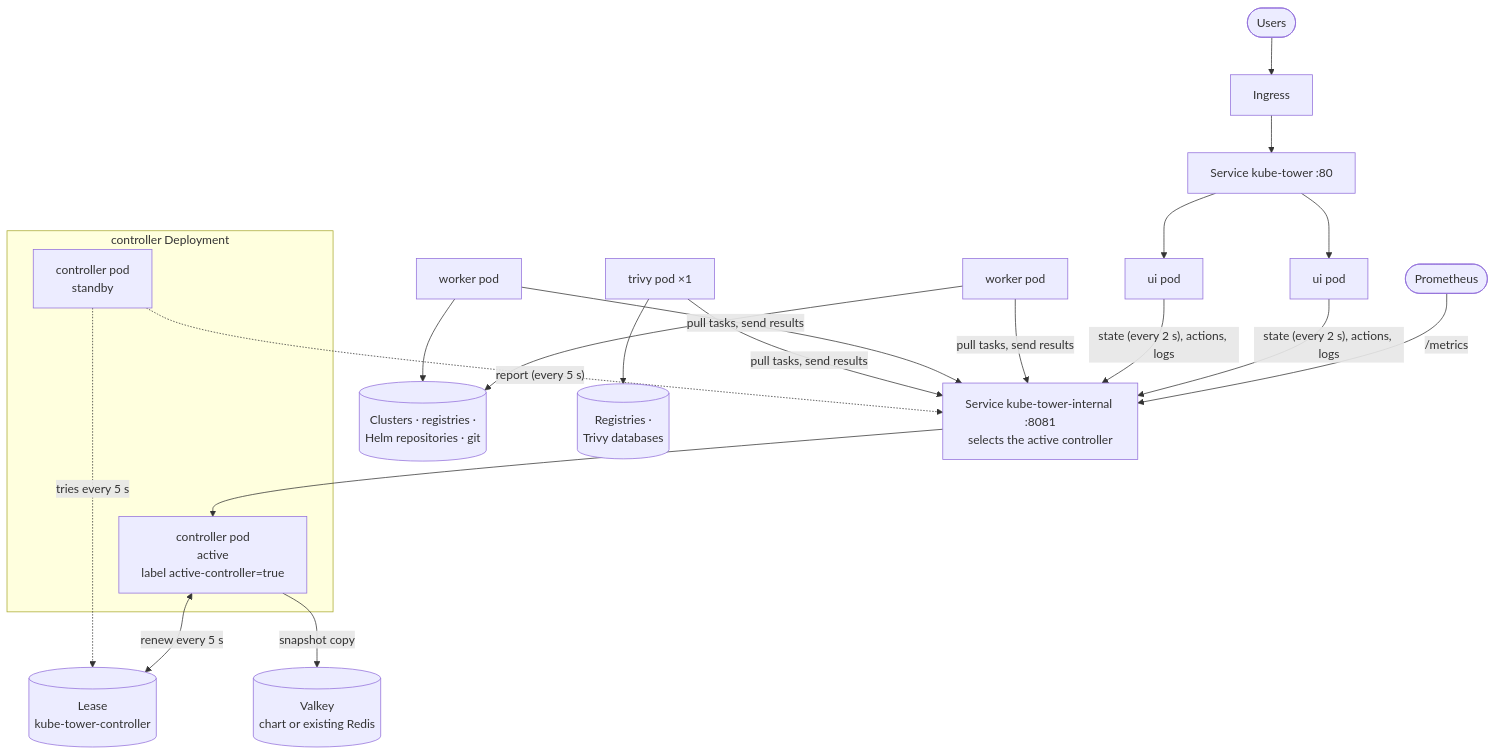
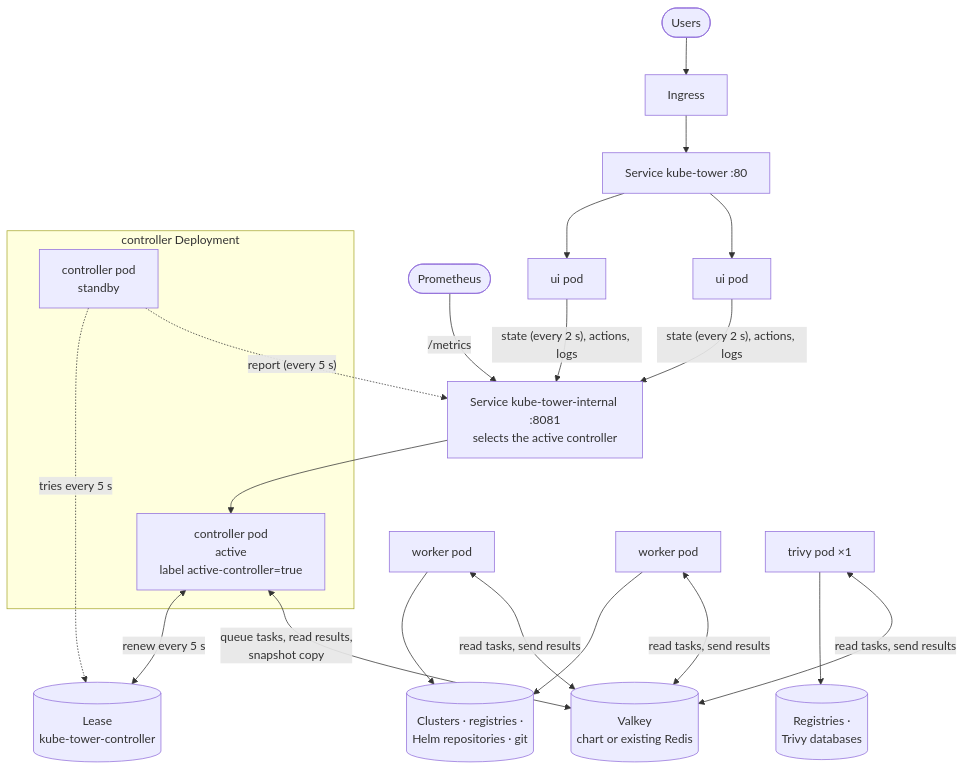
One commit to Arcanexus/kube-tower changed the third of 4 diagrams in docs/architecture.md. Above: the diagram before and after it, drawn with Mermaid. The commit also changed other lines of this file and 19 other files, not shown here.

First line of the commit message:
[ADD] Tasks of the distributed mode go through Valkey (ADR 0003, step 2) (#126)

````diff
--- a/docs/architecture.md
+++ b/docs/architecture.md
@@ -66,27 +67,27 @@
 ```mermaid
 flowchart TB
     users([Users]) --> ingress[Ingress] --> svc["Service kube-tower :80"]
     prom([Prometheus]) -->|/metrics| isvc
 
     svc --> ui1[ui pod]
     svc --> ui2[ui pod]
 
     subgraph controllers[controller Deployment]
         active["controller pod<br/>active<br/>label active-controller=true"]
         standby["controller pod<br/>standby"]
     end
 
     isvc["Service kube-tower-internal :8081<br/>selects the active controller"] --> active
 
     ui1 & ui2 -->|"state (every 2 s), actions, logs"| isvc
     standby -.->|"report (every 5 s)"| isvc
-    w1[worker pod] & w2[worker pod] -->|"pull tasks, send results"| isvc
-    tr[trivy pod ×1] -->|"pull tasks, send results"| isvc
+    active <-->|"queue tasks, read results,<br/>snapshot copy"| valkey[(Valkey<br/>chart or existing Redis)]
+    w1[worker pod] & w2[worker pod] <-->|"read tasks, send results"| valkey
+    tr[trivy pod ×1] <-->|"read tasks, send results"| valkey
 
     active <-->|"renew every 5 s"| lease[(Lease<br/>kube-tower-controller)]
     standby -.->|"tries every 5 s"| lease
-    active -->|snapshot copy| valkey[(Valkey<br/>chart or existing Redis)]
 
     w1 & w2 --> ext[(Clusters · registries ·<br/>Helm repositories · git)]
     tr --> regs[(Registries ·<br/>Trivy databases)]
 ```
````
